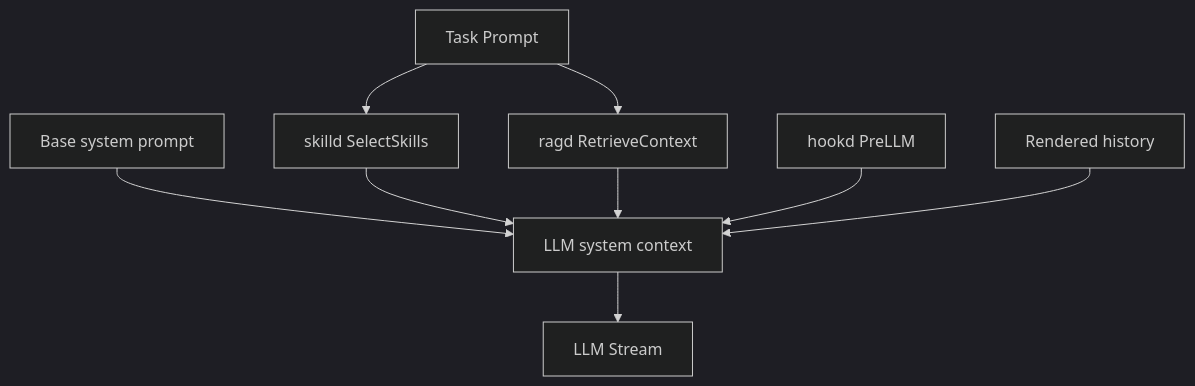
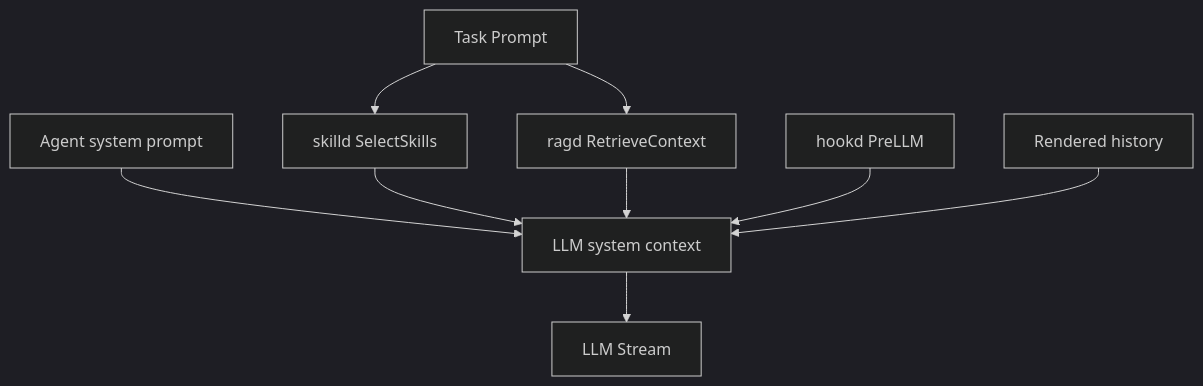
The third of 6 diagrams in docs/ARCHITECTURE.md (wzhnbsixsixsix/AI-Agent-Cloud-Runtime), drawn with Mermaid (dark theme) before and after one commit. The commit also changed other lines of this file and 12 other files, not shown here.

````diff
--- a/docs/ARCHITECTURE.md
+++ b/docs/ARCHITECTURE.md
@@ -33,11 +60,11 @@
 ```mermaid
 flowchart TD
-  Prompt[Task Prompt] --> Skill[skilld SelectSkills]
-  Prompt --> RAG[ragd RetrieveContext]
-  Base[Base system prompt] --> Context[LLM system context]
+  Prompt["Task Prompt"] --> Skill["skilld SelectSkills"]
+  Prompt --> RAG["ragd RetrieveContext"]
+  Base["Agent system prompt"] --> Context["LLM system context"]
   Skill --> Context
   RAG --> Context
-  Hook[hookd PreLLM] --> Context
-  History[Rendered history] --> Context
-  Context --> LLM[LLM Stream]
+  Hook["hookd PreLLM"] --> Context
+  History["Rendered history"] --> Context
+  Context --> LLM["LLM Stream"]
 ```
````
